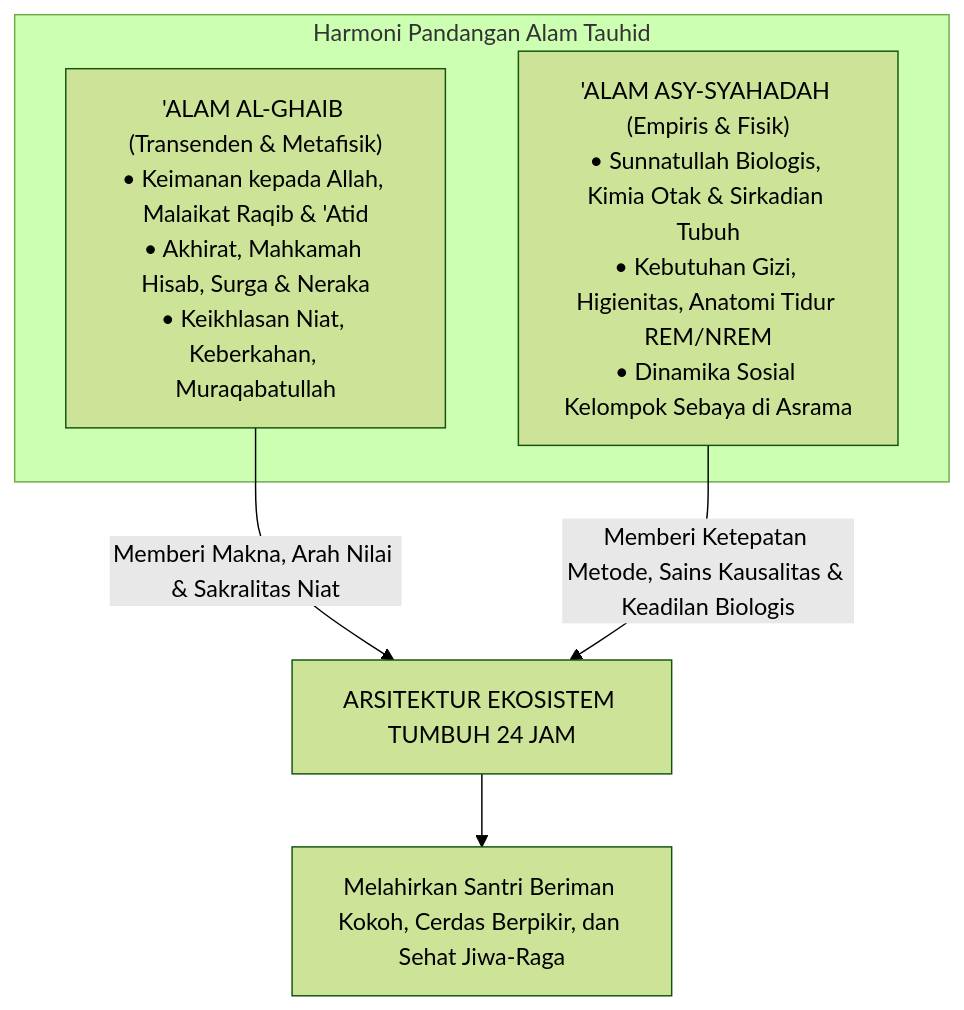
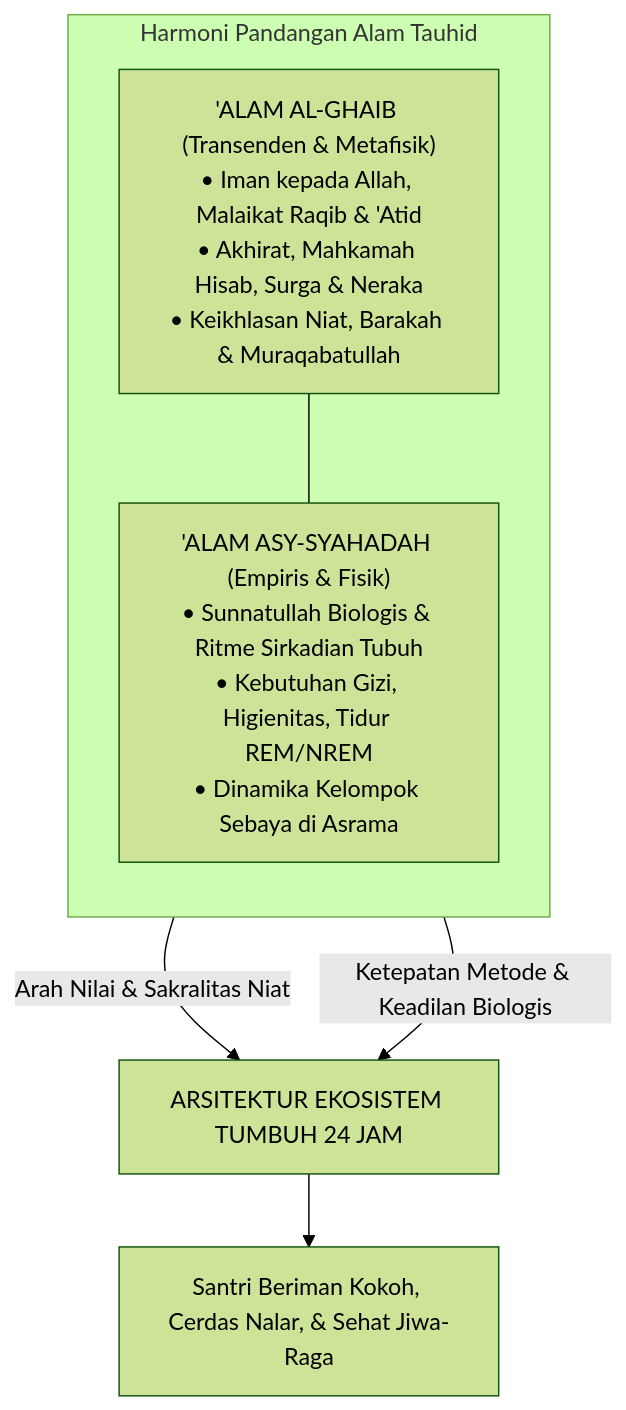
The third of 7 diagrams in BOOK Series 1/01-The-Fundamental-of-TUMBUH/Bab-02-Pandangan-Alam-Islam-sebagai-Poros-Pendidikan.md (wandiapriliyandi/tumbuh), drawn with Mermaid (forest theme) before and after one commit. The commit also changed other lines of this file and 35 other files, not shown here.

Commit message:
fix(book-01): optimasi keterbacaan diagram mermaid pada seluruh bab dan perbarui 20 file PDF

````diff
--- a/BOOK Series 1/01-The-Fundamental-of-TUMBUH/Bab-02-Pandangan-Alam-Islam-sebagai-Poros-Pendidikan.md
+++ b/BOOK Series 1/01-The-Fundamental-of-TUMBUH/Bab-02-Pandangan-Alam-Islam-sebagai-Poros-Pendidikan.md
@@ -111,12 +115,14 @@
 ```mermaid
 graph TD
     subgraph DUA_REALITAS_ISLAM["Harmoni Pandangan Alam Tauhid"]
-        G["'ALAM AL-GHAIB (Transenden & Metafisik)<br/>• Keimanan kepada Allah, Malaikat Raqib & 'Atid<br/>• Akhirat, Mahkamah Hisab, Surga & Neraka<br/>• Keikhlasan Niat, Keberkahan, Muraqabatullah"]
-        S["'ALAM ASY-SYAHADAH (Empiris & Fisik)<br/>• Sunnatullah Biologis, Kimia Otak & Sirkadian Tubuh<br/>• Kebutuhan Gizi, Higienitas, Anatomi Tidur REM/NREM<br/>• Dinamika Sosial Kelompok Sebaya di Asrama"]
+        direction TB
+        G["'ALAM AL-GHAIB (Transenden & Metafisik)<br/>• Iman kepada Allah, Malaikat Raqib & 'Atid<br/>• Akhirat, Mahkamah Hisab, Surga & Neraka<br/>• Keikhlasan Niat, Barakah & Muraqabatullah"]
+        S["'ALAM ASY-SYAHADAH (Empiris & Fisik)<br/>• Sunnatullah Biologis & Ritme Sirkadian Tubuh<br/>• Kebutuhan Gizi, Higienitas, Tidur REM/NREM<br/>• Dinamika Kelompok Sebaya di Asrama"]
+        G --- S
     end
 
-    G -->|Memberi Makna, Arah Nilai & Sakralitas Niat| T["ARSITEKTUR EKOSISTEM TUMBUH 24 JAM"]
-    S -->|Memberi Ketepatan Metode, Sains Kausalitas & Keadilan Biologis| T
+    G -->|Arah Nilai & Sakralitas Niat| T["ARSITEKTUR EKOSISTEM TUMBUH 24 JAM"]
+    S -->|Ketepatan Metode & Keadilan Biologis| T
 
-    T --> HASIL["Melahirkan Santri Beriman Kokoh, Cerdas Berpikir, dan Sehat Jiwa-Raga"]
+    T --> HASIL["Santri Beriman Kokoh, Cerdas Nalar, & Sehat Jiwa-Raga"]
 ```
````
